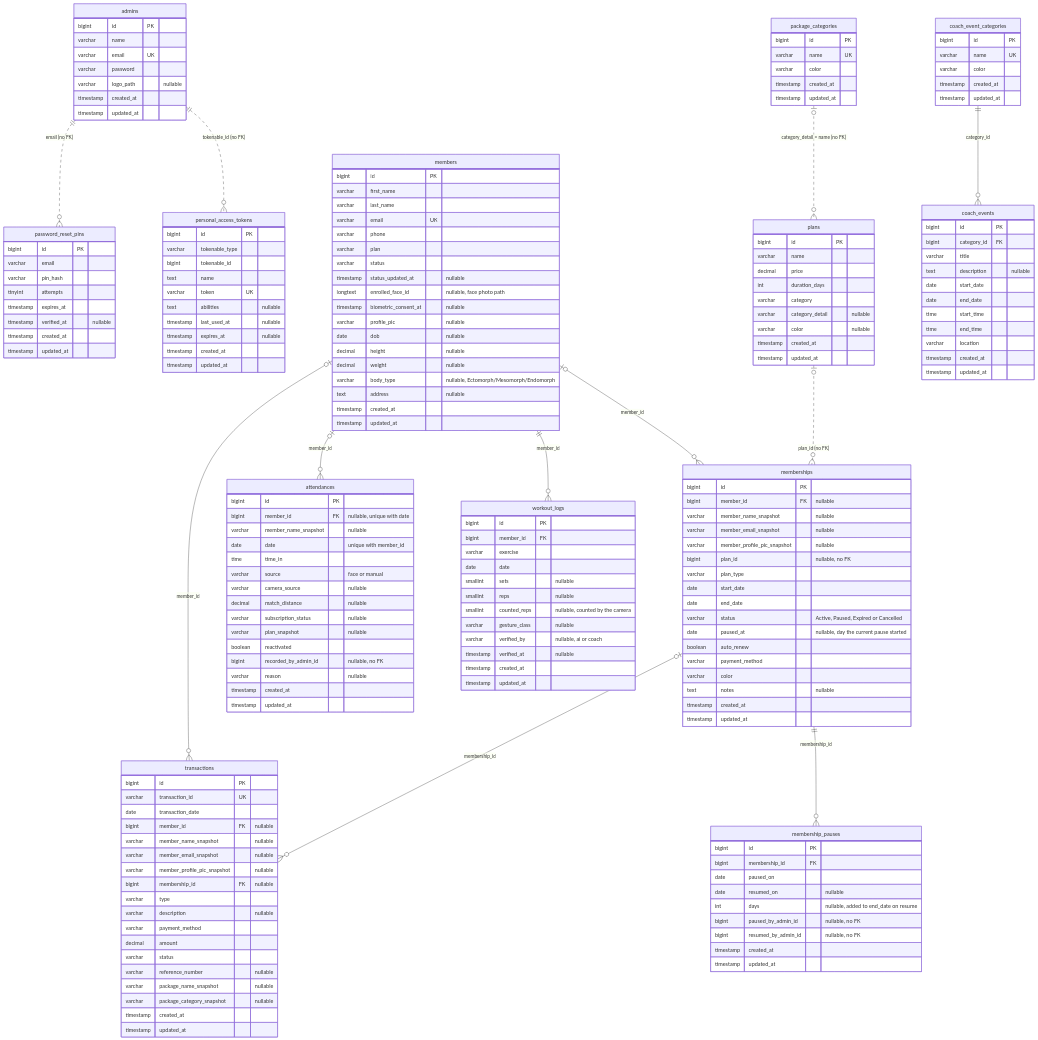
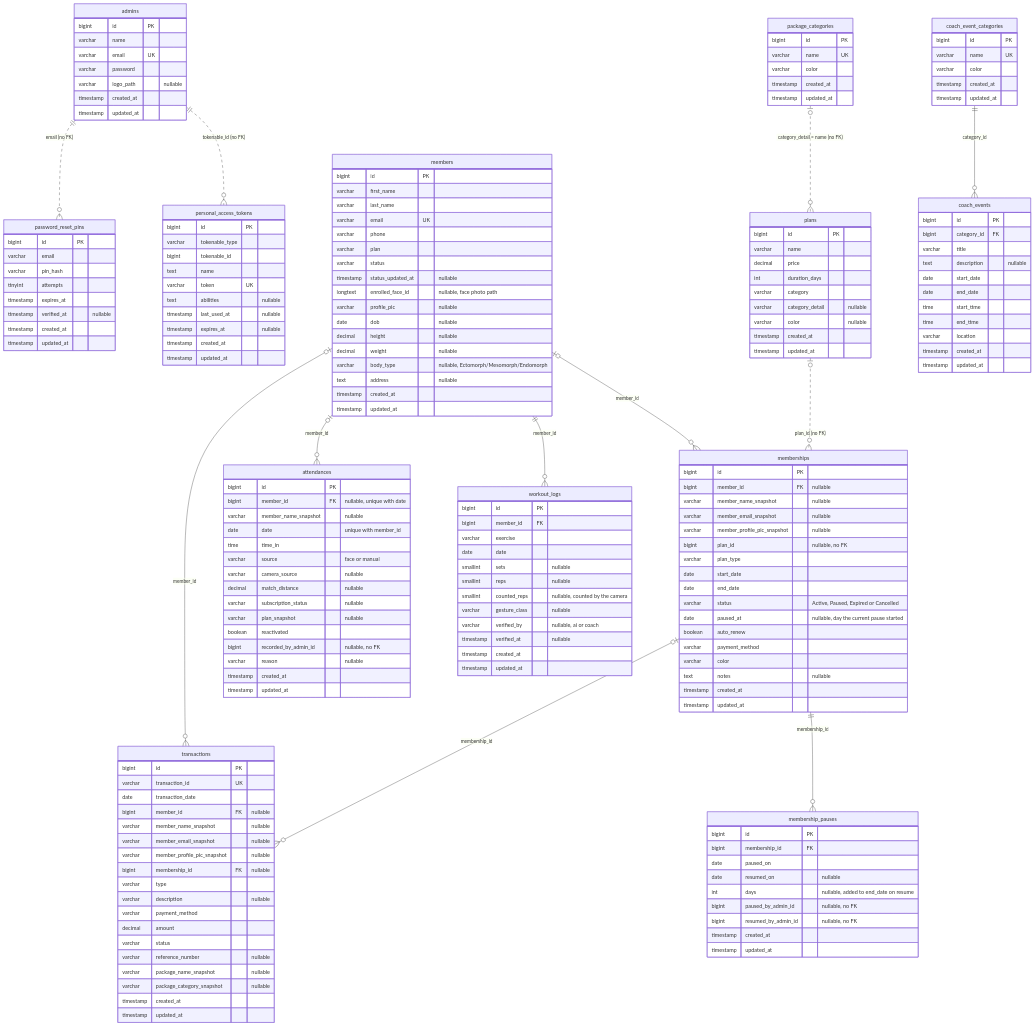
The ninth of 9 diagrams in Updated Current Plan For Development/Chapter4_Diagrams (2).md (Plonteras191/GYM2-CAPSTONE), drawn with Mermaid before and after one commit. The commit also changed other lines of this file and 73 other files, not shown here.

```diff
--- a/Updated Current Plan For Development/Chapter4_Diagrams (2).md
+++ b/Updated Current Plan For Development/Chapter4_Diagrams (2).md
@@ -673,7 +656,6 @@
         varchar status
         timestamp status_updated_at "nullable"
         longtext enrolled_face_id "nullable, face photo path"
-        timestamp biometric_consent_at "nullable"
         varchar profile_pic "nullable"
         date dob "nullable"
         decimal height "nullable"
```
